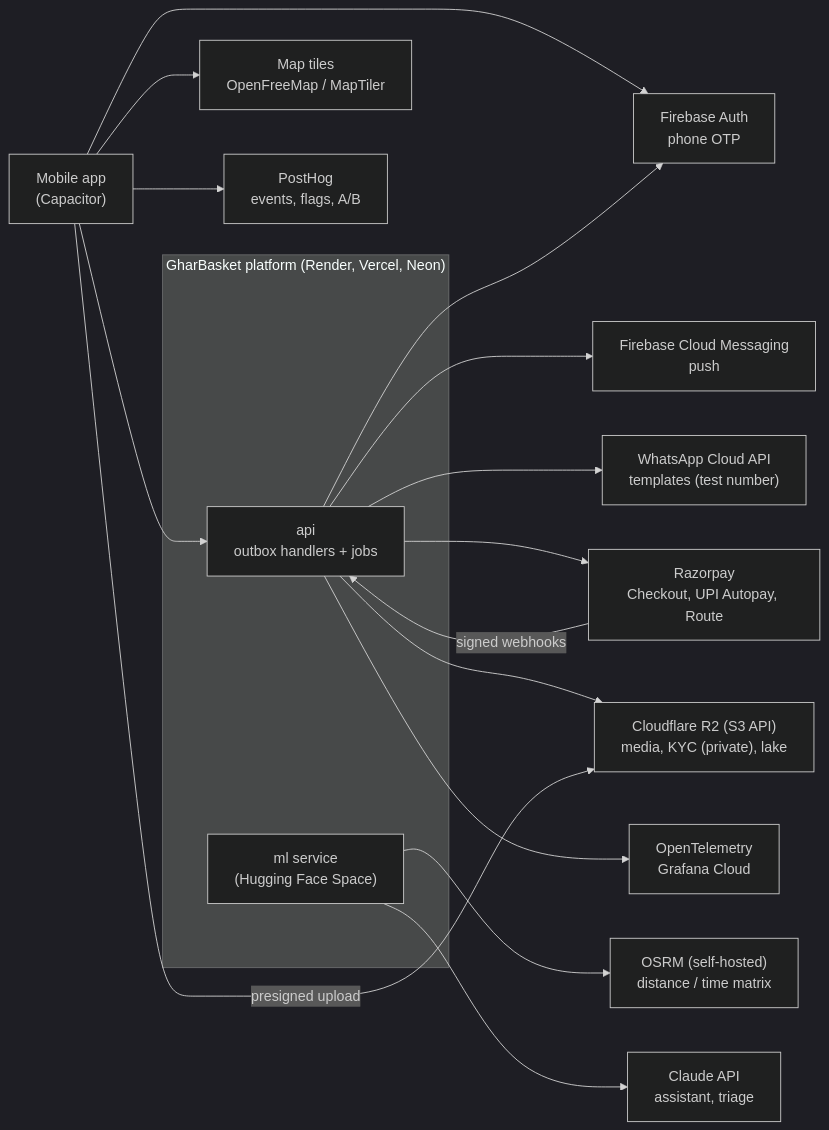
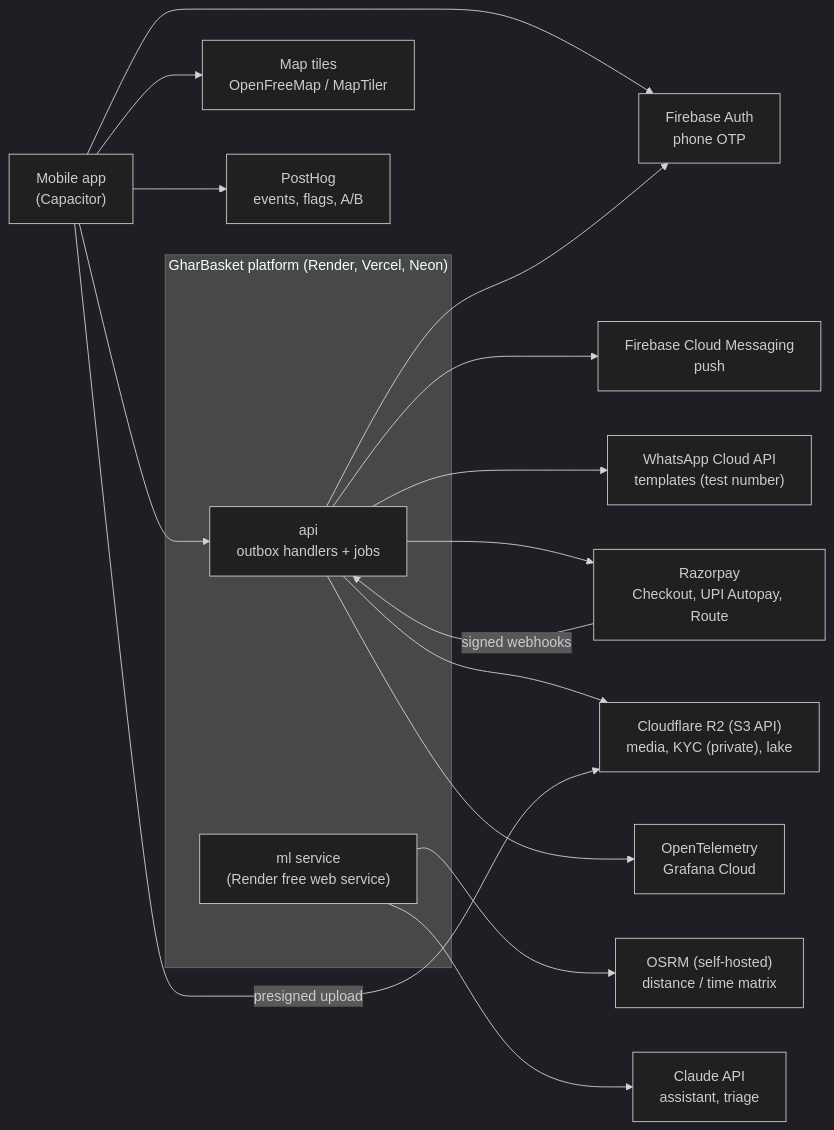
Before and after one commit to prelekar7/GharBasket: the third of 3 diagrams in docs/handbook/10-api-and-integration.md, drawn with Mermaid (dark theme). The commit also changed 28 other files, not shown here.

First line of the commit message:
docs(intel): the ML service is on Render, the mandi collector on a VM; fix stale docs and contract gaps (#478)

````diff
--- a/docs/handbook/10-api-and-integration.md
+++ b/docs/handbook/10-api-and-integration.md
@@ -174,21 +174,21 @@
 ```mermaid
 flowchart LR
     subgraph GB["GharBasket platform (Render, Vercel, Neon)"]
         API["api<br/>outbox handlers + jobs"]
-        ML["ml service<br/>(Hugging Face Space)"]
+        ML["ml service<br/>(Render free web service)"]
     end
     MOB["Mobile app<br/>(Capacitor)"] --> FBA["Firebase Auth<br/>phone OTP"]
     MOB --> API
     API --> FBA
     API --> FCM["Firebase Cloud Messaging<br/>push"]
     API --> WA["WhatsApp Cloud API<br/>templates (test number)"]
     API --> RZ["Razorpay<br/>Checkout, UPI Autopay, Route"]
     RZ -->|"signed webhooks"| API
     ML --> OSRM["OSRM (self-hosted)<br/>distance / time matrix"]
     MOB --> TILES["Map tiles<br/>OpenFreeMap / MapTiler"]
     API --> S3["Cloudflare R2 (S3 API)<br/>media, KYC (private), lake"]
     MOB -->|"presigned upload"| S3
     ML --> CL["Claude API<br/>assistant, triage"]
     API --> OTEL["OpenTelemetry<br/>Grafana Cloud"]
     MOB --> PH["PostHog<br/>events, flags, A/B"]
 ```
````
